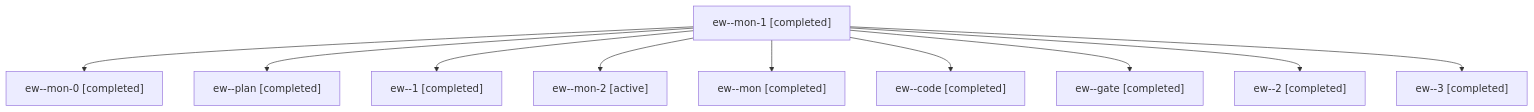
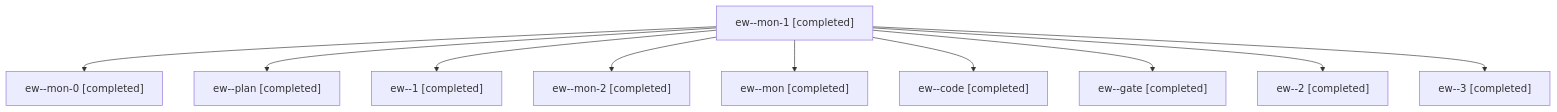
The diagram in sessions/bbugyi200.apollo.ew.md (bobs-org/bob-cli--agents), drawn with Mermaid before and after one commit. The commit also changed other lines of this file and 5 other files, not shown here.

````diff
--- a/sessions/bbugyi200.apollo.ew.md
+++ b/sessions/bbugyi200.apollo.ew.md
@@ -9,22 +9,22 @@
 ```mermaid
 flowchart TD
   n0["ew--mon-1 [completed]"]
   n1["ew--mon-0 [completed]"]
   n0 --> n1
   n2["ew--plan [completed]"]
   n0 --> n2
   n3["ew--1 [completed]"]
   n0 --> n3
-  n4["ew--mon-2 [active]"]
+  n4["ew--mon-2 [completed]"]
   n0 --> n4
   n5["ew--mon [completed]"]
   n0 --> n5
   n6["ew--code [completed]"]
   n0 --> n6
   n7["ew--gate [completed]"]
   n0 --> n7
   n8["ew--2 [completed]"]
   n0 --> n8
   n9["ew--3 [completed]"]
   n0 --> n9
 ```
````
